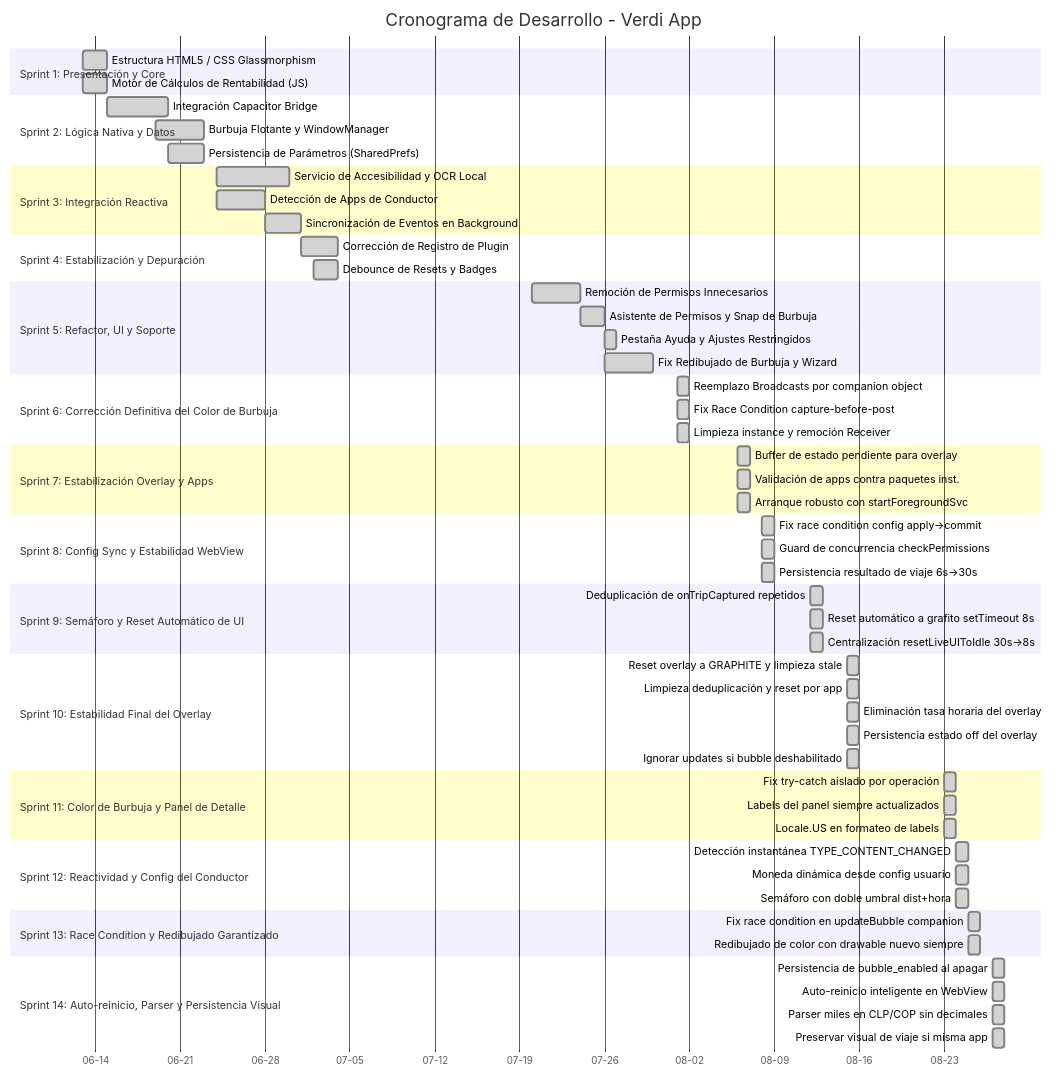
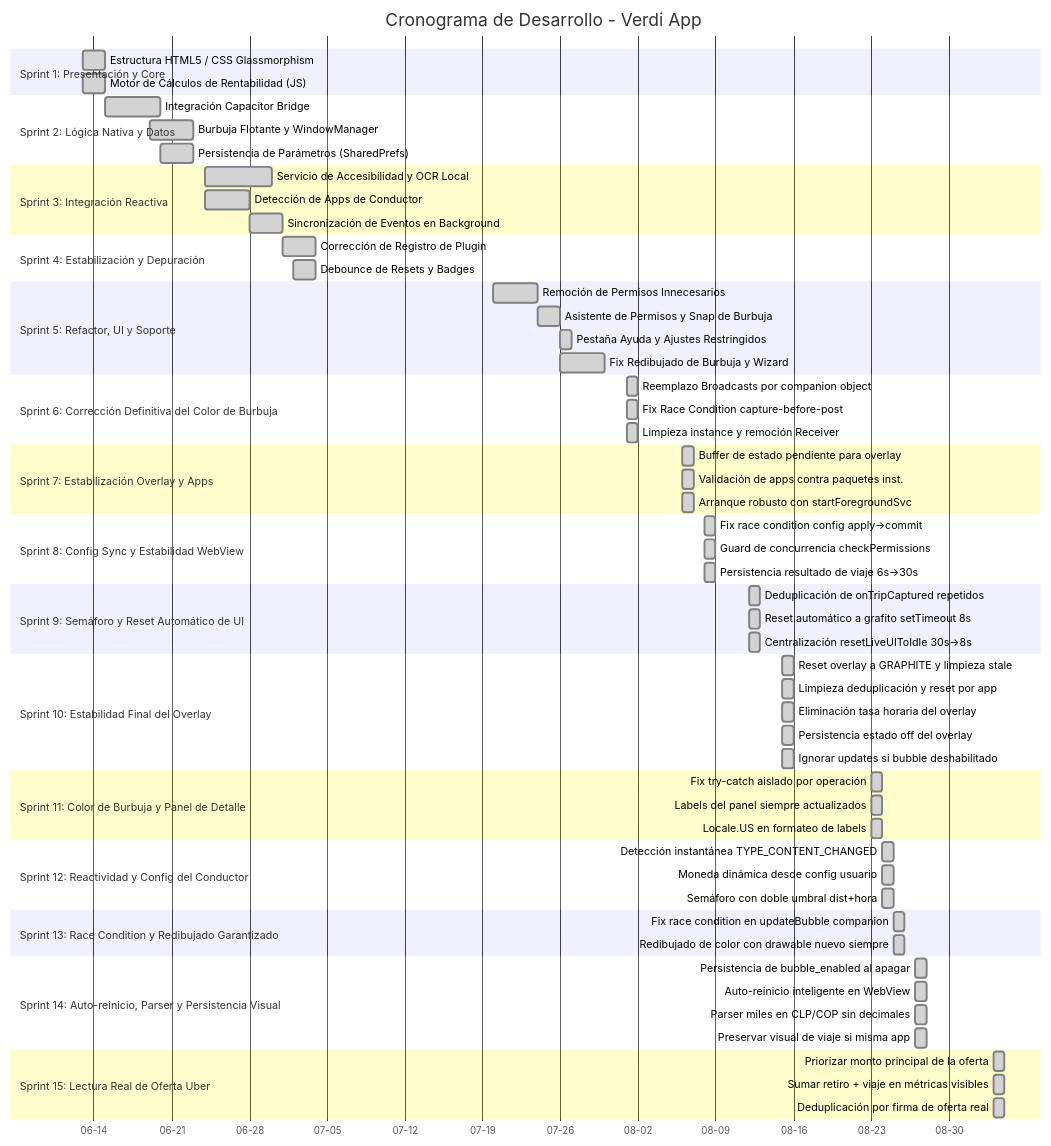
One commit to JorgeFreire95/Verdi changed the diagram in CRONOGRAMA_DESARROLLO.md. Above: the diagram before and after it, drawn with Mermaid. The commit also changed other lines of this file, not shown here.

````diff
--- a/CRONOGRAMA_DESARROLLO.md
+++ b/CRONOGRAMA_DESARROLLO.md
@@ -11,77 +11,82 @@
 ```mermaid
 gantt
     title Cronograma de Desarrollo - Verdi App
     dateFormat  YYYY-MM-DD
     axisFormat  %m-%d
     
     section Sprint 1: Presentación y Core
     Estructura HTML5 / CSS Glassmorphism     :done, s1a, 2026-06-13, 2d
     Motor de Cálculos de Rentabilidad (JS)   :done, s1b, 2026-06-13, 2d
     
     section Sprint 2: Lógica Nativa y Datos
     Integración Capacitor Bridge             :done, s2a, 2026-06-15, 5d
     Burbuja Flotante y WindowManager         :done, s2b, 2026-06-19, 4d
     Persistencia de Parámetros (SharedPrefs) :done, s2c, 2026-06-20, 3d
     
     section Sprint 3: Integración Reactiva
     Servicio de Accesibilidad y OCR Local    :done, s3a, 2026-06-24, 6d
     Detección de Apps de Conductor           :done, s3b, 2026-06-24, 4d
     Sincronización de Eventos en Background  :done, s3c, 2026-06-28, 3d
     
     section Sprint 4: Estabilización y Depuración
     Corrección de Registro de Plugin         :done, s4a, 2026-07-01, 3d
     Debounce de Resets y Badges              :done, s4b, 2026-07-02, 2d
     
     section Sprint 5: Refactor, UI y Soporte
     Remoción de Permisos Innecesarios        :done, s5a, 2026-07-20, 4d
     Asistente de Permisos y Snap de Burbuja  :done, s5b, 2026-07-24, 2d
     Pestaña Ayuda y Ajustes Restringidos     :done, s5c, 2026-07-26, 1d
     Fix Redibujado de Burbuja y Wizard       :done, s5d, 2026-07-26, 4d
     
     section Sprint 6: Corrección Definitiva del Color de Burbuja
     Reemplazo Broadcasts por companion object :done, s6a, 2026-08-01, 1d
     Fix Race Condition capture-before-post    :done, s6b, 2026-08-01, 1d
     Limpieza instance y remoción Receiver     :done, s6c, 2026-08-01, 1d
 
     section Sprint 7: Estabilización Overlay y Apps
     Buffer de estado pendiente para overlay   :done, s7a, 2026-08-06, 1d
     Validación de apps contra paquetes inst.  :done, s7b, 2026-08-06, 1d
     Arranque robusto con startForegroundSvc   :done, s7c, 2026-08-06, 1d
 
     section Sprint 8: Config Sync y Estabilidad WebView
     Fix race condition config apply→commit    :done, s8a, 2026-08-08, 1d
     Guard de concurrencia checkPermissions    :done, s8b, 2026-08-08, 1d
     Persistencia resultado de viaje 6s→30s   :done, s8c, 2026-08-08, 1d
 
     section Sprint 9: Semáforo y Reset Automático de UI
     Deduplicación de onTripCaptured repetidos :done, s9a, 2026-08-12, 1d
     Reset automático a grafito setTimeout 8s  :done, s9b, 2026-08-12, 1d
     Centralización resetLiveUIToIdle 30s→8s   :done, s9c, 2026-08-12, 1d
 
     section Sprint 10: Estabilidad Final del Overlay
     Reset overlay a GRAPHITE y limpieza stale :done, s10a, 2026-08-15, 1d
     Limpieza deduplicación y reset por app    :done, s10b, 2026-08-15, 1d
     Eliminación tasa horaria del overlay      :done, s10c, 2026-08-15, 1d
     Persistencia estado off del overlay       :done, s10d, 2026-08-15, 1d
     Ignorar updates si bubble deshabilitado   :done, s10e, 2026-08-15, 1d
 
     section Sprint 11: Color de Burbuja y Panel de Detalle
     Fix try-catch aislado por operación      :done, s11a, 2026-08-23, 1d
     Labels del panel siempre actualizados    :done, s11b, 2026-08-23, 1d
     Locale.US en formateo de labels          :done, s11c, 2026-08-23, 1d
 
     section Sprint 12: Reactividad y Config del Conductor
     Detección instantánea TYPE_CONTENT_CHANGED :done, s12a, 2026-08-24, 1d
     Moneda dinámica desde config usuario       :done, s12b, 2026-08-24, 1d
     Semáforo con doble umbral dist+hora        :done, s12c, 2026-08-24, 1d
 
     section Sprint 13: Race Condition y Redibujado Garantizado
     Fix race condition en updateBubble companion   :done, s13a, 2026-08-25, 1d
     Redibujado de color con drawable nuevo siempre :done, s13b, 2026-08-25, 1d
     
     section Sprint 14: Auto-reinicio, Parser y Persistencia Visual
     Persistencia de bubble_enabled al apagar    :done, s14a, 2026-08-27, 1d
     Auto-reinicio inteligente en WebView        :done, s14b, 2026-08-27, 1d
     Parser miles en CLP/COP sin decimales       :done, s14c, 2026-08-27, 1d
     Preservar visual de viaje si misma app      :done, s14d, 2026-08-27, 1d
+
+    section Sprint 15: Lectura Real de Oferta Uber
+    Priorizar monto principal de la oferta      :done, s15a, 2026-09-03, 1d
+    Sumar retiro + viaje en métricas visibles   :done, s15b, 2026-09-03, 1d
+    Deduplicación por firma de oferta real      :done, s15c, 2026-09-03, 1d
 ```
````
